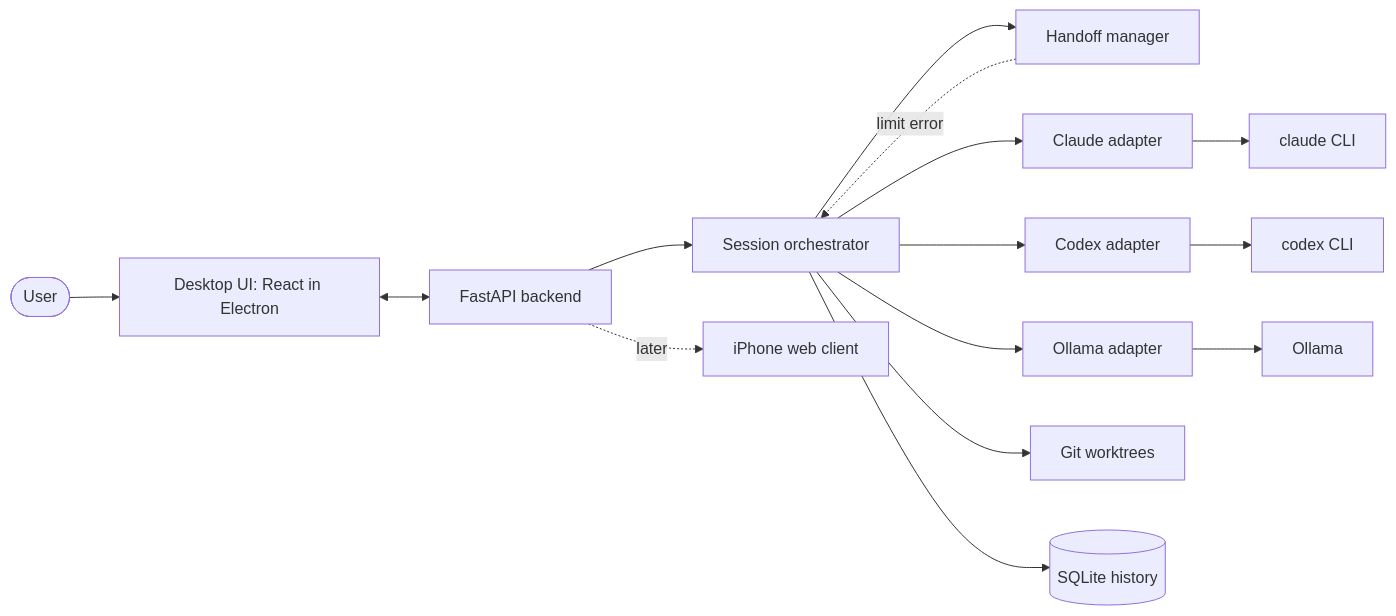
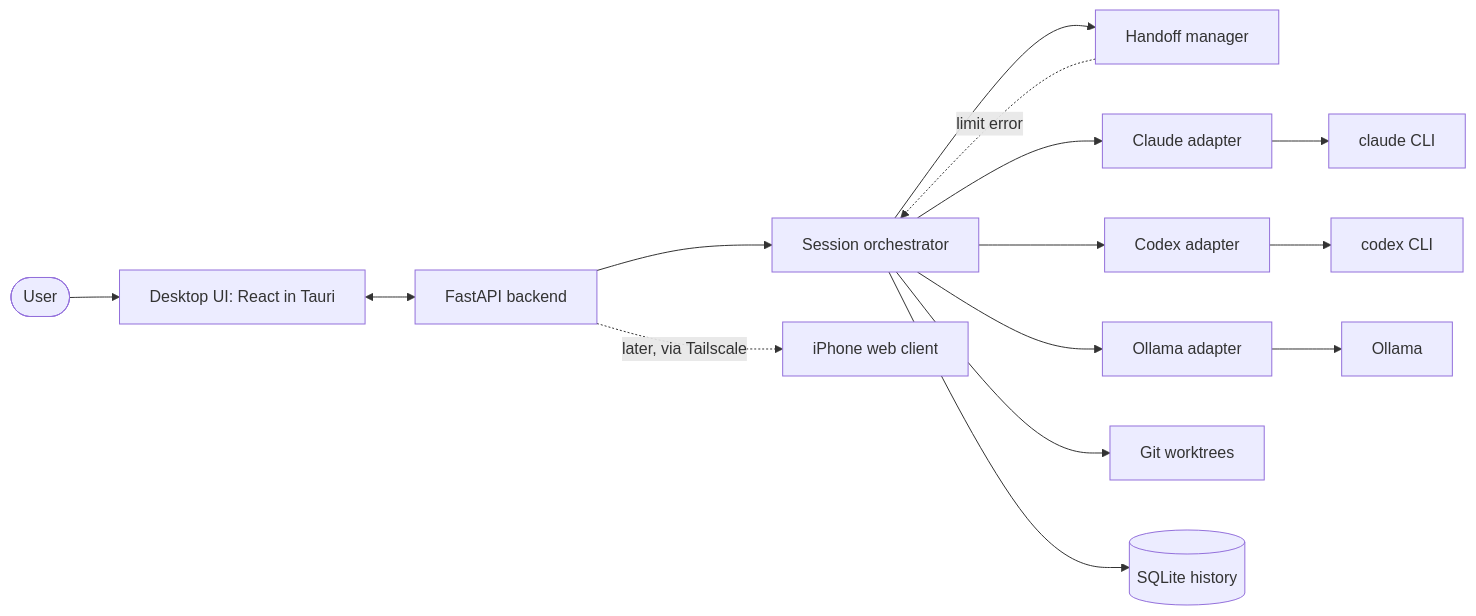
One commit to SeanEArc/Multi-Agent-Hub changed the diagram in plan.md. Above: the diagram before and after it, drawn with Mermaid. The commit also changed other lines of this file, not shown here.

First line of the commit message:
Decide on Tauri desktop shell and Tailscale remote access

````diff
--- a/plan.md
+++ b/plan.md
@@ -85,17 +87,17 @@
 ```mermaid
 flowchart LR
-    User([User]) --> UI[Desktop UI: React in Electron]
+    User([User]) --> UI[Desktop UI: React in Tauri]
     UI <--> API[FastAPI backend]
     API --> Orch[Session orchestrator]
     Orch --> HO[Handoff manager]
     Orch --> AC[Claude adapter]
     Orch --> AX[Codex adapter]
     Orch --> AL[Ollama adapter]
     AC --> CC[claude CLI]
     AX --> CX[codex CLI]
     AL --> OL[Ollama]
     Orch --> WT[Git worktrees]
     Orch --> DB[(SQLite history)]
     HO -. limit error .-> Orch
-    API -. later .-> Mobile[iPhone web client]
+    API -. later, via Tailscale .-> Mobile[iPhone web client]
 ```
````
